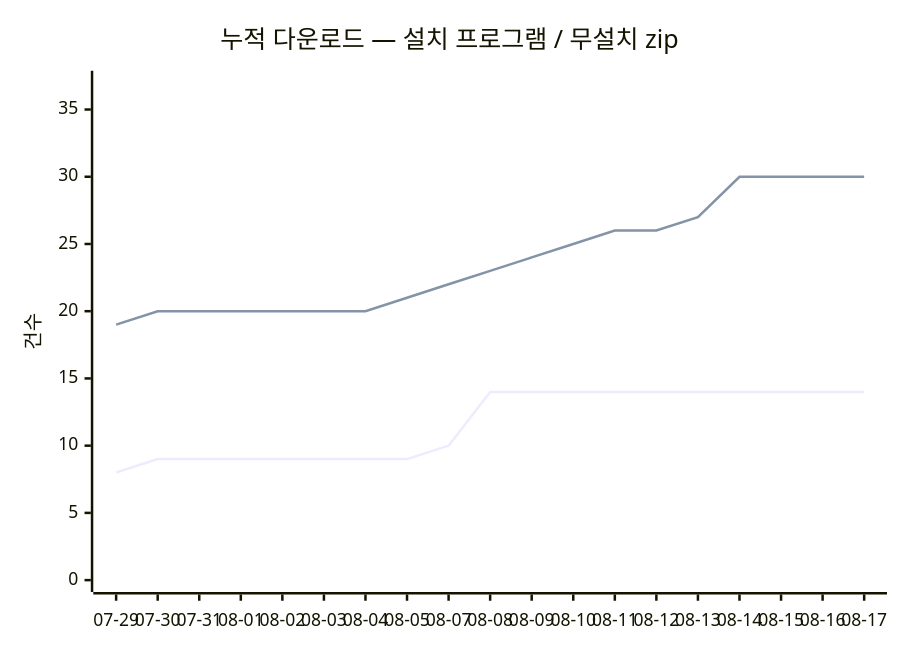
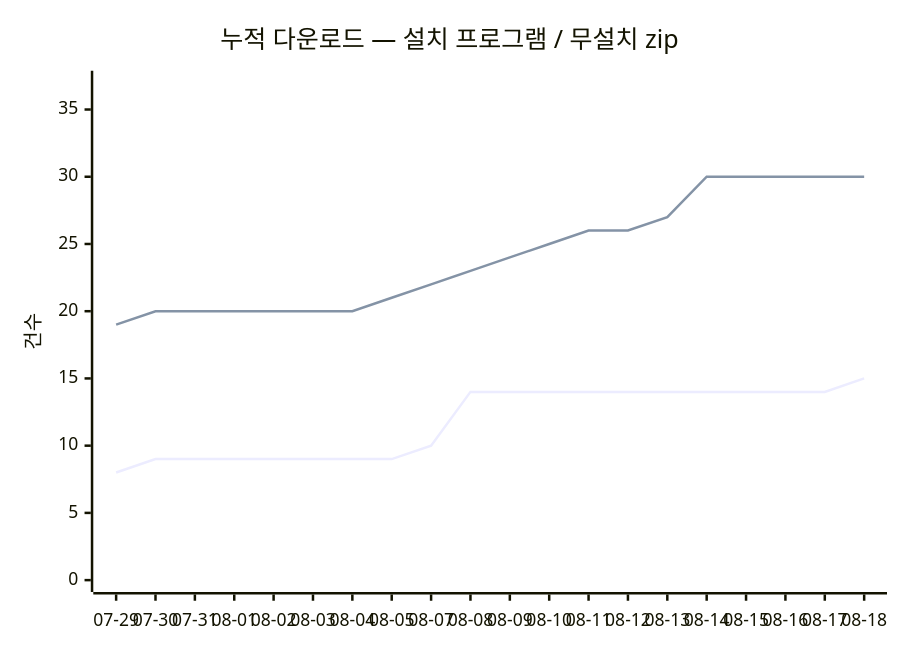
The diagram in README.md (dodaseo/ibis-releases), drawn with Mermaid before and after one commit. The commit also changed other lines of this file and 2 other files, not shown here.

Commit message:
chore(stats): 다운로드 스냅숏 2026-08-18

````diff
--- a/README.md
+++ b/README.md
@@ -144,8 +144,8 @@
 ```mermaid
 xychart-beta
     title "누적 다운로드 — 설치 프로그램 / 무설치 zip"
-    x-axis [07-29, 07-30, 07-31, 08-01, 08-02, 08-03, 08-04, 08-05, 08-07, 08-08, 08-09, 08-10, 08-11, 08-12, 08-13, 08-14, 08-15, 08-16, 08-17]
+    x-axis [07-29, 07-30, 07-31, 08-01, 08-02, 08-03, 08-04, 08-05, 08-07, 08-08, 08-09, 08-10, 08-11, 08-12, 08-13, 08-14, 08-15, 08-16, 08-17, 08-18]
     y-axis "건수" 0 --> 37
-    line [8, 9, 9, 9, 9, 9, 9, 9, 10, 14, 14, 14, 14, 14, 14, 14, 14, 14, 14]
-    line [19, 20, 20, 20, 20, 20, 20, 21, 22, 23, 24, 25, 26, 26, 27, 30, 30, 30, 30]
+    line [8, 9, 9, 9, 9, 9, 9, 9, 10, 14, 14, 14, 14, 14, 14, 14, 14, 14, 14, 15]
+    line [19, 20, 20, 20, 20, 20, 20, 21, 22, 23, 24, 25, 26, 26, 27, 30, 30, 30, 30, 30]
 ```
````
